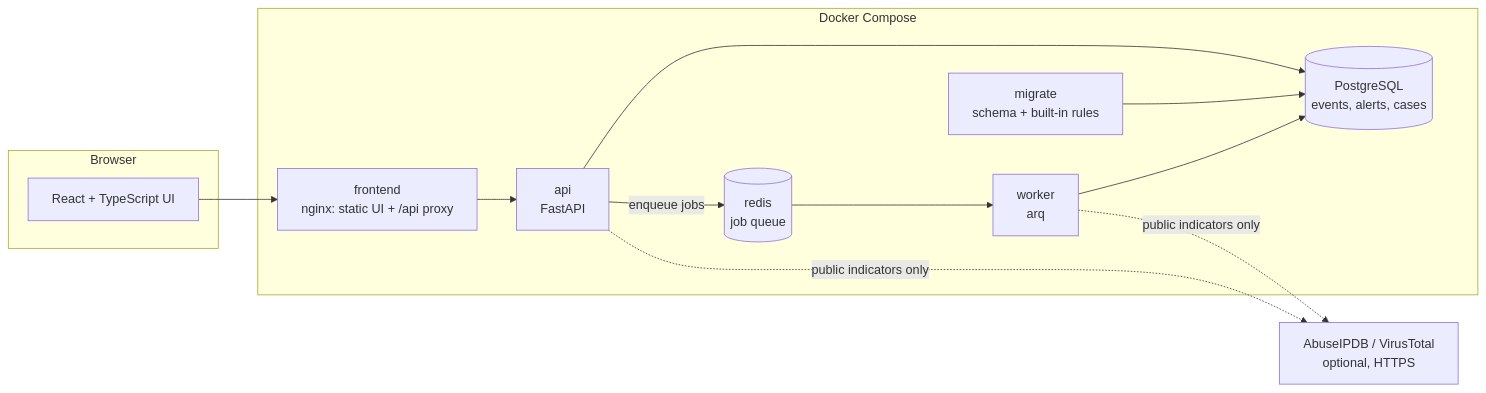
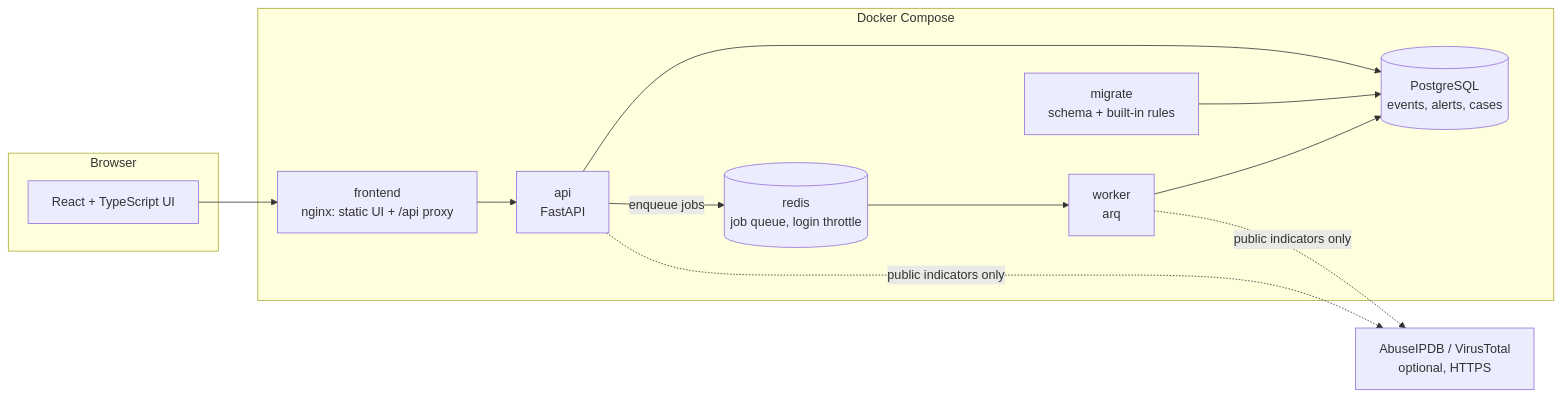
One commit to umairhaider-dev/watchpost changed the diagram in README.md. Above: the diagram before and after it, drawn with Mermaid. The commit also changed other lines of this file, not shown here.

````diff
--- a/README.md
+++ b/README.md
@@ -16,23 +17,23 @@
 ```mermaid
 flowchart LR
     subgraph Browser
         UI[React + TypeScript UI]
     end
     subgraph Docker Compose
         NGINX[frontend<br/>nginx: static UI + /api proxy]
         API[api<br/>FastAPI]
         WORKER[worker<br/>arq]
-        REDIS[(redis<br/>job queue)]
+        REDIS[(redis<br/>job queue, login throttle)]
         DB[(PostgreSQL<br/>events, alerts, cases)]
         MIGRATE[migrate<br/>schema + built-in rules]
     end
     TI[AbuseIPDB / VirusTotal<br/>optional, HTTPS]
     UI --> NGINX --> API
     API --> DB
     API -- enqueue jobs --> REDIS
     REDIS --> WORKER
     WORKER --> DB
     MIGRATE --> DB
     API -. public indicators only .-> TI
     WORKER -. public indicators only .-> TI
 ```
````
